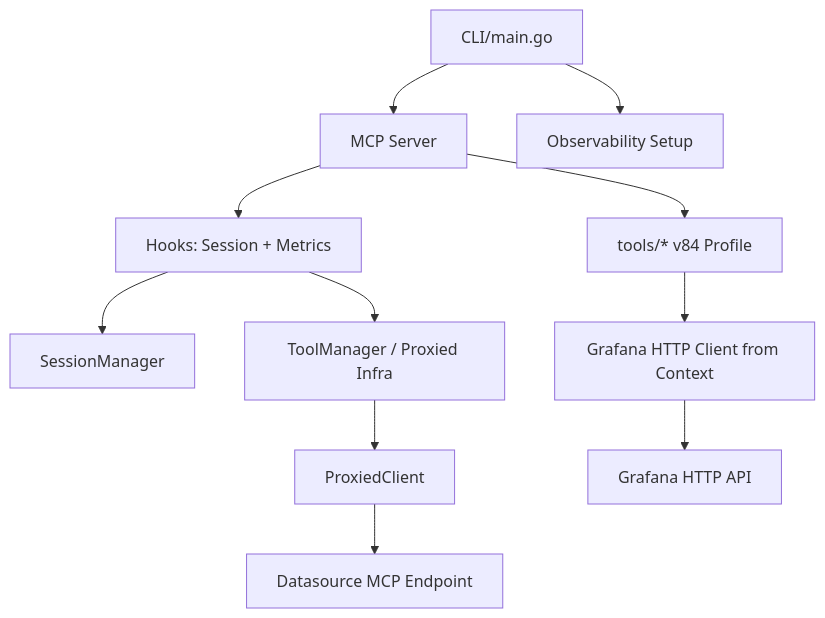
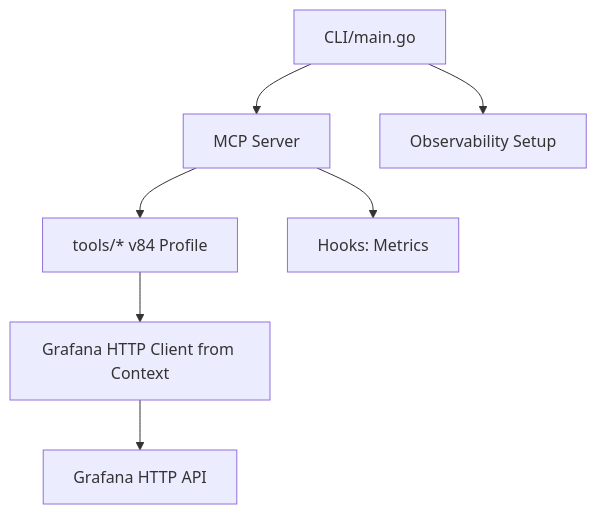
The first of 2 diagrams in docs/project-architecture.md (bingshuoguo/grafana-v8-mcp), drawn with Mermaid before and after one commit. The commit also changed other lines of this file and 11 other files, not shown here.

````diff
--- a/docs/project-architecture.md
+++ b/docs/project-architecture.md
@@ -23,13 +20,9 @@
 ```mermaid
 graph TD
   A[CLI/main.go] --> B[MCP Server]
   A --> C[Observability Setup]
   B --> D[tools/* v84 Profile]
-  B --> E[Hooks: Session + Metrics]
-  E --> F[SessionManager]
-  E --> G[ToolManager / Proxied Infra]
-  G --> H[ProxiedClient]
+  B --> E[Hooks: Metrics]
   D --> I[Grafana HTTP Client from Context]
   I --> K[Grafana HTTP API]
-  H --> M[Datasource MCP Endpoint]
 ```
````
